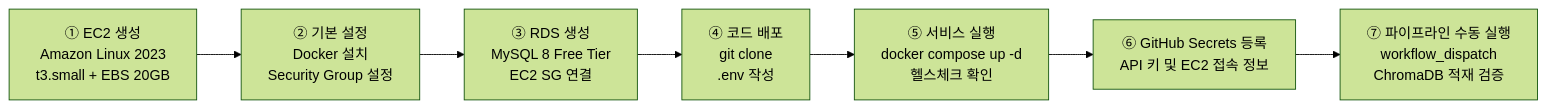
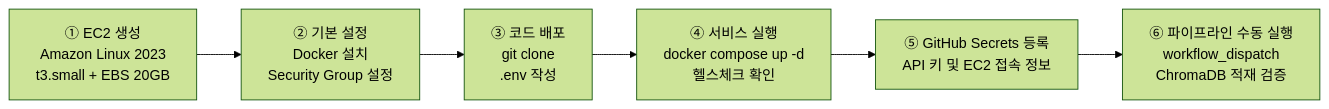
Before and after one commit to sammy0329/finsight-ai-agent: the fourth of 4 diagrams in docs/DEPLOYMENT.md, drawn with Mermaid (forest theme). The commit also changed other lines of this file and 4 other files, not shown here.

````diff
--- a/docs/DEPLOYMENT.md
+++ b/docs/DEPLOYMENT.md
@@ -218,12 +248,11 @@
 ```mermaid
 flowchart LR
     S1["① EC2 생성\nAmazon Linux 2023\nt3.small + EBS 20GB"]
     S2["② 기본 설정\nDocker 설치\nSecurity Group 설정"]
-    S3["③ RDS 생성\nMySQL 8 Free Tier\nEC2 SG 연결"]
-    S4["④ 코드 배포\ngit clone\n.env 작성"]
-    S5["⑤ 서비스 실행\ndocker compose up -d\n헬스체크 확인"]
-    S6["⑥ GitHub Secrets 등록\nAPI 키 및 EC2 접속 정보"]
-    S7["⑦ 파이프라인 수동 실행\nworkflow_dispatch\nChromaDB 적재 검증"]
+    S3["③ 코드 배포\ngit clone\n.env 작성"]
+    S4["④ 서비스 실행\ndocker compose up -d\n헬스체크 확인"]
+    S5["⑤ GitHub Secrets 등록\nAPI 키 및 EC2 접속 정보"]
+    S6["⑥ 파이프라인 수동 실행\nworkflow_dispatch\nChromaDB 적재 검증"]
 
-    S1 --> S2 --> S3 --> S4 --> S5 --> S6 --> S7
+    S1 --> S2 --> S3 --> S4 --> S5 --> S6
 ```
````
